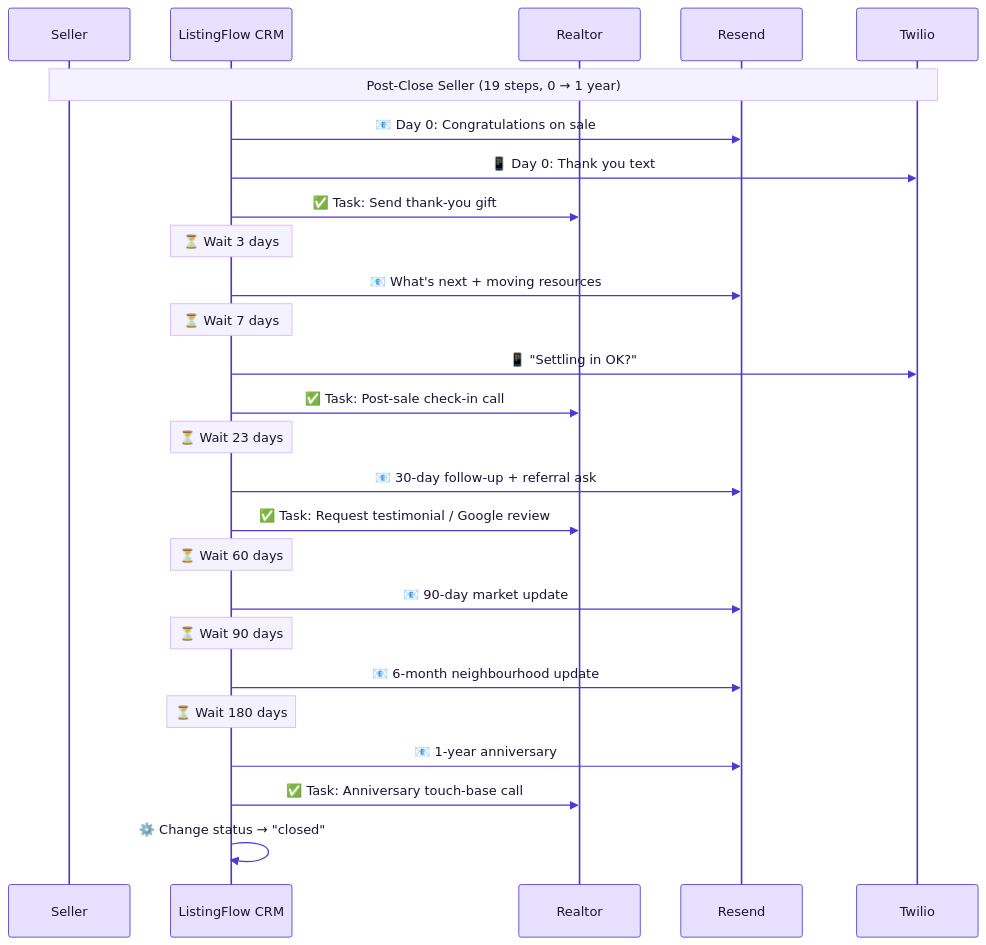
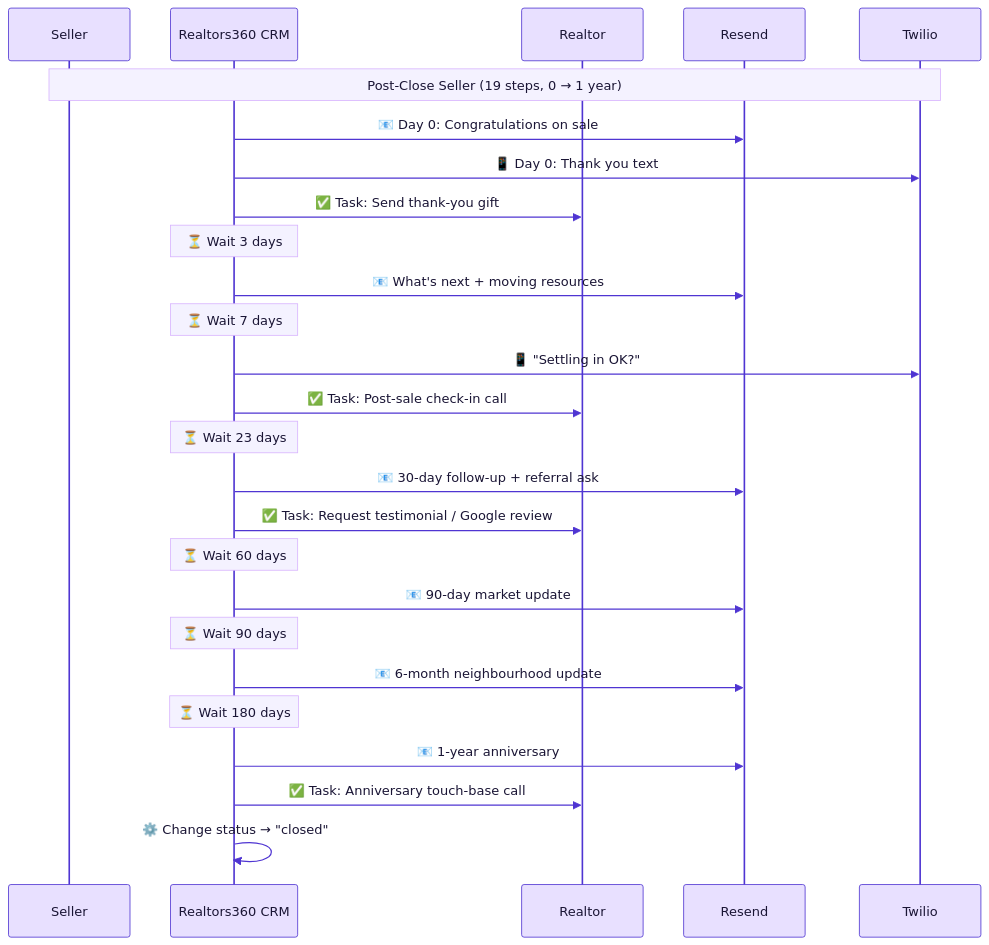
One commit to realtorcrmai/realtorai changed the tenth of 19 diagrams in docs/EMAIL_FLOW_DIAGRAMS.md. Above: the diagram before and after it, drawn with Mermaid. The commit also changed other lines of this file and 65 other files, not shown here.

````diff
--- a/docs/EMAIL_FLOW_DIAGRAMS.md
+++ b/docs/EMAIL_FLOW_DIAGRAMS.md
@@ -421,43 +421,43 @@
 ```mermaid
 %%{init: {'theme': 'base', 'themeVariables': {'actorBkg': '#e8e0ff', 'actorBorder': '#4f35d2', 'actorTextColor': '#1a1535', 'signalColor': '#4f35d2', 'signalTextColor': '#1a1535', 'noteBkgColor': '#f4f2ff', 'noteBorderColor': '#d8b4fe', 'noteTextColor': '#1a1535', 'activationBkgColor': '#e8e0ff', 'activationBorderColor': '#4f35d2', 'sequenceNumberColor': '#ffffff', 'background': '#ffffff'}}}%%
 sequenceDiagram
     participant Seller as Seller
-    participant CRM as ListingFlow CRM
+    participant CRM as Realtors360 CRM
     participant Agent as Realtor
     participant Resend as Resend
     participant Twilio as Twilio
 
     Note over Seller,Twilio: Post-Close Seller (19 steps, 0 → 1 year)
 
     CRM->>Resend: 📧 Day 0: Congratulations on sale
     CRM->>Twilio: 📱 Day 0: Thank you text
     CRM->>Agent: ✅ Task: Send thank-you gift
 
     Note over CRM: ⏳ Wait 3 days
 
     CRM->>Resend: 📧 What's next + moving resources
 
     Note over CRM: ⏳ Wait 7 days
 
     CRM->>Twilio: 📱 "Settling in OK?"
     CRM->>Agent: ✅ Task: Post-sale check-in call
 
     Note over CRM: ⏳ Wait 23 days
 
     CRM->>Resend: 📧 30-day follow-up + referral ask
     CRM->>Agent: ✅ Task: Request testimonial / Google review
 
     Note over CRM: ⏳ Wait 60 days
 
     CRM->>Resend: 📧 90-day market update
 
     Note over CRM: ⏳ Wait 90 days
 
     CRM->>Resend: 📧 6-month neighbourhood update
 
     Note over CRM: ⏳ Wait 180 days
 
     CRM->>Resend: 📧 1-year anniversary
     CRM->>Agent: ✅ Task: Anniversary touch-base call
     CRM->>CRM: ⚙️ Change status → "closed"
 ```
````
